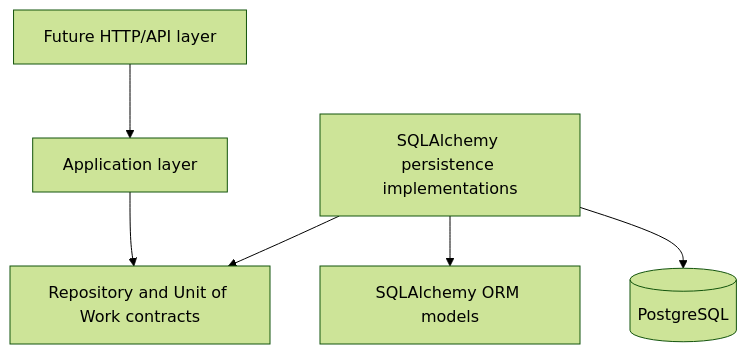
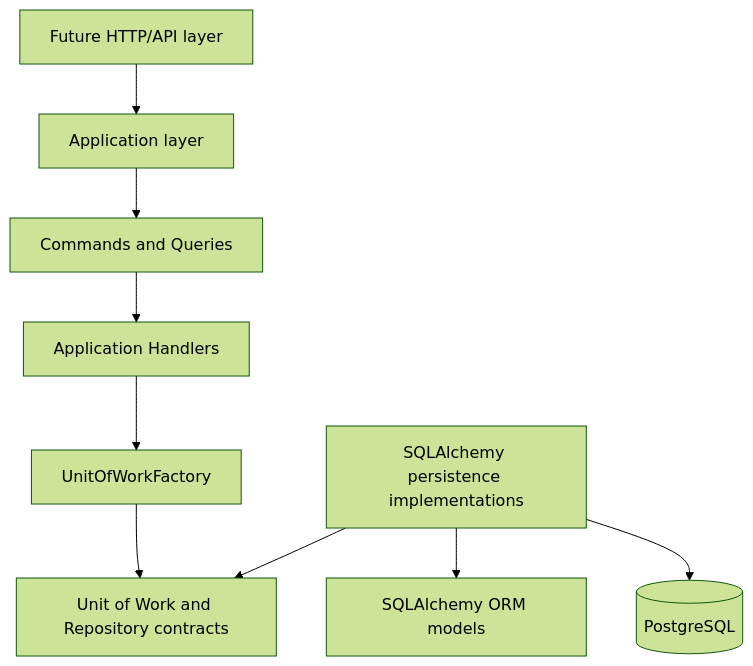
The first of 3 diagrams in docs/architecture/application-core-and-persistence.md (Hlopec/resource-monitoring), drawn with Mermaid (forest theme) before and after one commit. The commit also changed other lines of this file and 15 other files, not shown here.

Commit message:
Define application service command architecture (#48)

````diff
--- a/docs/architecture/application-core-and-persistence.md
+++ b/docs/architecture/application-core-and-persistence.md
@@ -21,8 +21,11 @@
 ```mermaid
 flowchart TD
     API[Future HTTP/API layer] --> APP[Application layer]
-    APP --> PORTS[Repository and Unit of Work contracts]
+    APP --> CQ[Commands and Queries]
+    CQ --> HANDLERS[Application Handlers]
+    HANDLERS --> UOWF[UnitOfWorkFactory]
+    UOWF --> PORTS[Unit of Work and Repository contracts]
     SA[SQLAlchemy persistence implementations] --> PORTS
     SA --> ORM[SQLAlchemy ORM models]
     SA --> PG[(PostgreSQL)]
 ```
````
